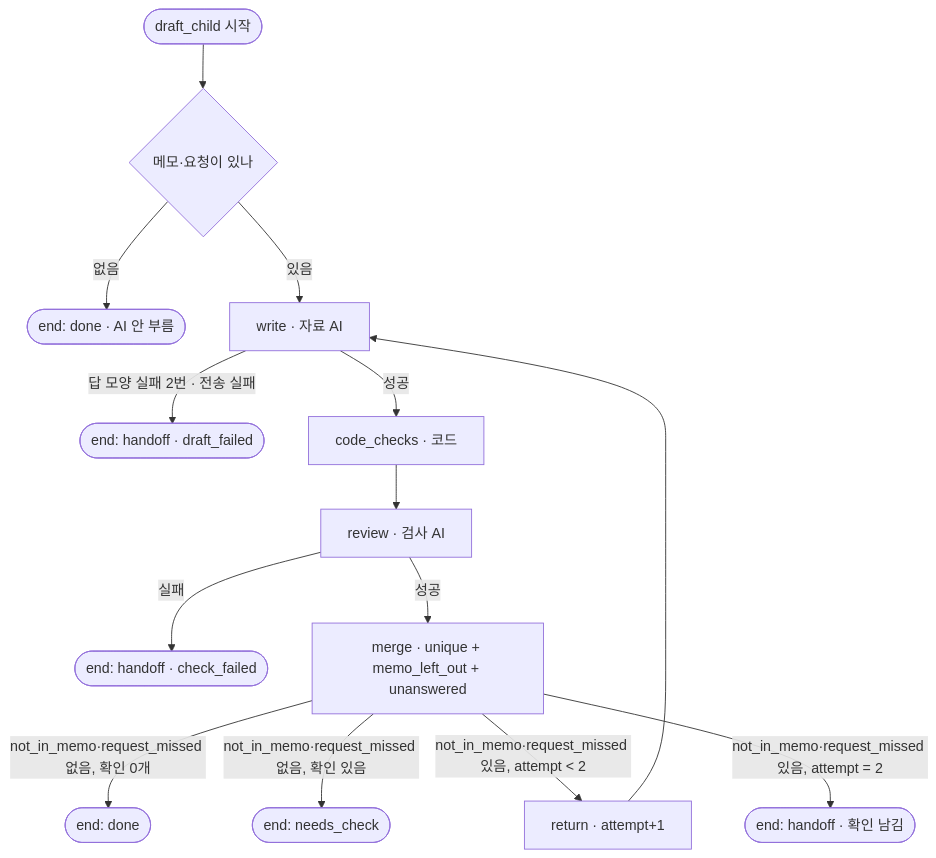
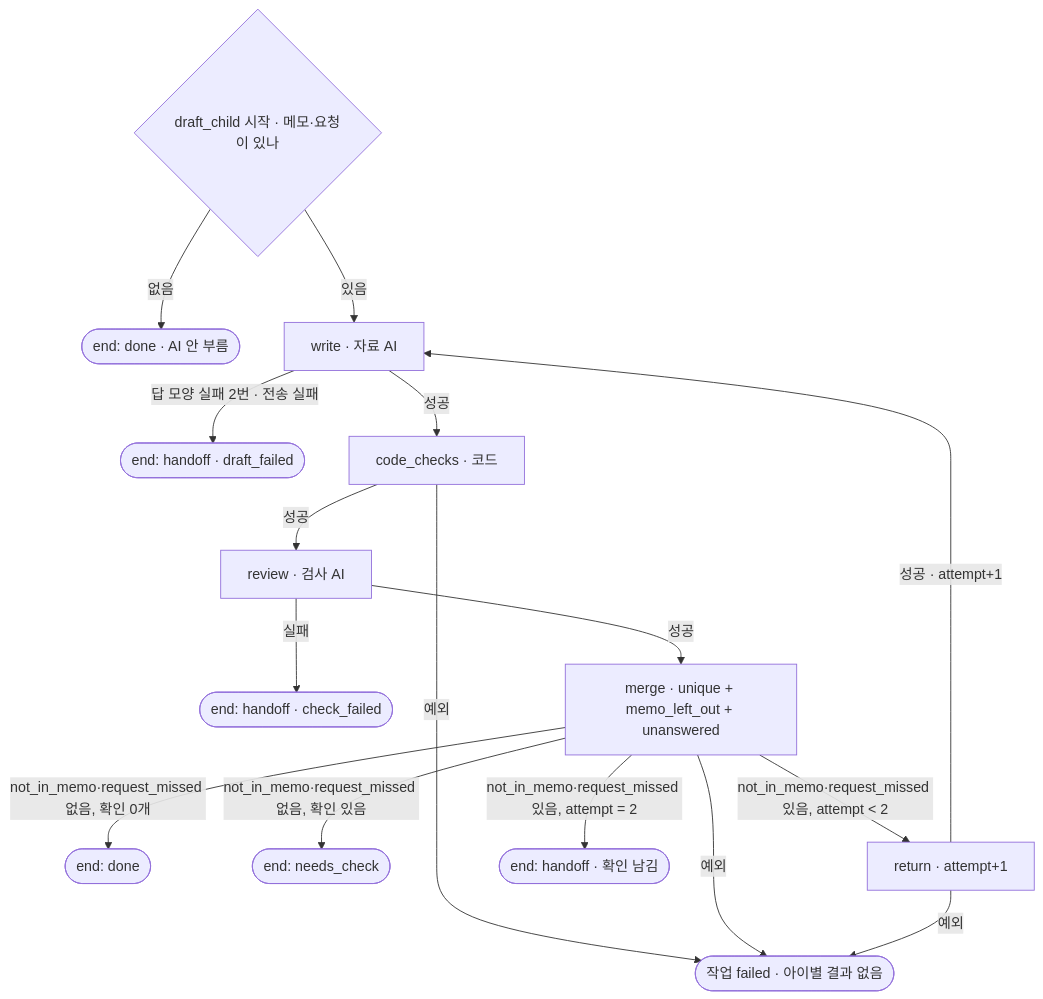
One commit to aio-final-2team/FinalProject_2Team changed the second of 3 diagrams in Docs/Step3/T25_단일에이전트_상태전이_설계서.md. Above: the diagram before and after it, drawn with Mermaid. The commit also changed other lines of this file, not shown here.

````diff
--- a/Docs/Step3/T25_단일에이전트_상태전이_설계서.md
+++ b/Docs/Step3/T25_단일에이전트_상태전이_설계서.md
@@ -59,16 +59,19 @@
 ```mermaid
 flowchart TD
-    S([draft_child 시작]) --> K{메모·요청이 있나}
-    K -->|없음| E1([end: done · AI 안 부름])
-    K -->|있음| W[write · 자료 AI]
+    S{draft_child 시작 · 메모·요청이 있나}
+    S -->|없음| E1([end: done · AI 안 부름])
+    S -->|있음| W[write · 자료 AI]
     W -->|답 모양 실패 2번 · 전송 실패| E3([end: handoff · draft_failed])
     W -->|성공| C[code_checks · 코드]
-    C --> R[review · 검사 AI]
+    C -->|성공| R[review · 검사 AI]
+    C -->|예외| F([작업 failed · 아이별 결과 없음])
     R -->|실패| E4([end: handoff · check_failed])
     R -->|성공| M[merge · unique + memo_left_out + unanswered]
     M -->|not_in_memo·request_missed 없음, 확인 0개| E1b([end: done])
     M -->|not_in_memo·request_missed 없음, 확인 있음| E2([end: needs_check])
     M -->|not_in_memo·request_missed 있음, attempt < 2| RT[return · attempt+1]
-    RT --> W
+    RT -->|성공 · attempt+1| W
     M -->|not_in_memo·request_missed 있음, attempt = 2| E5([end: handoff · 확인 남김])
+    M -->|예외| F
+    RT -->|예외| F
 ```
````
